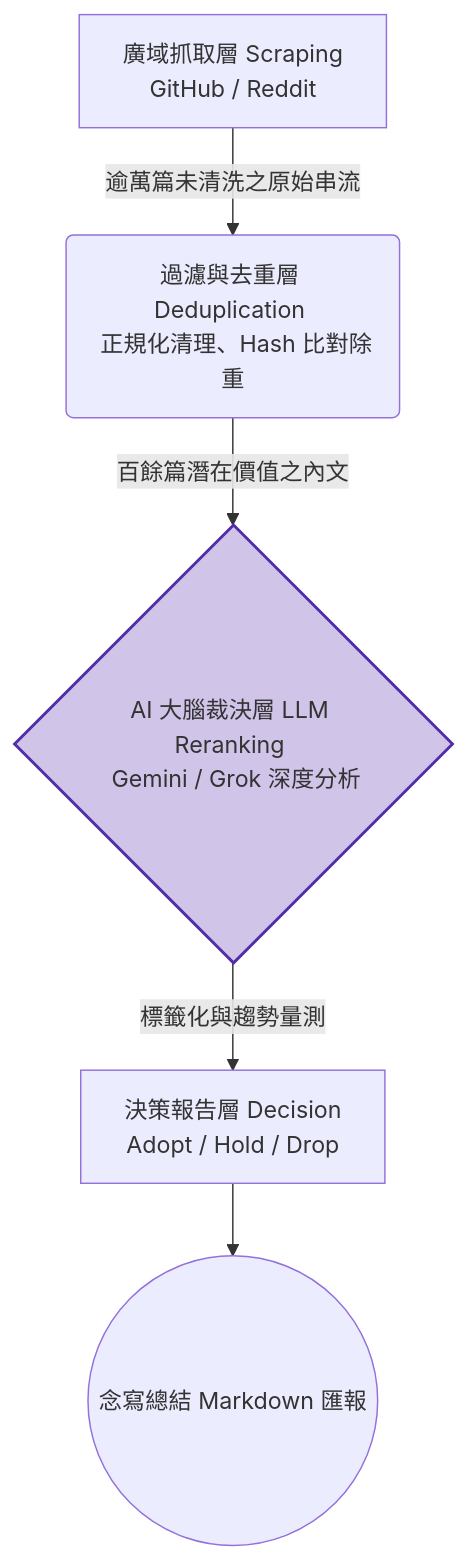
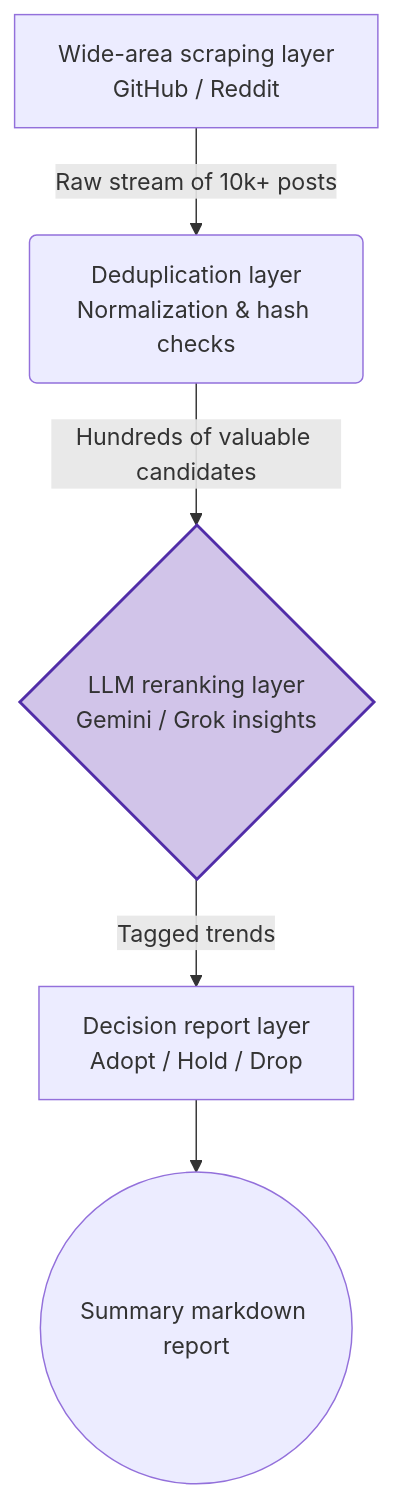
Before and after one commit to AtsushiHarimoto/portfolio: the diagram in public/knowledge/en/03_development/13_search_algorithms_and_hermit_purple.md, drawn with Mermaid. The commit also changed other lines of this file and 37 other files, not shown here.

````diff
--- a/public/knowledge/en/03_development/13_search_algorithms_and_hermit_purple.md
+++ b/public/knowledge/en/03_development/13_search_algorithms_and_hermit_purple.md
@@ -68,9 +55,9 @@
 ```mermaid
 graph TD
-    A[廣域抓取層 Scraping <br/> GitHub / Reddit] -->|逾萬篇未清洗之原始串流| B(過濾與去重層 Deduplication <br/> 正規化清理、Hash 比對除重)
-    B -->|百餘篇潛在價值之內文| C{AI 大腦裁決層 LLM Reranking <br/> Gemini / Grok 深度分析}
-    C -->|標籤化與趨勢量測| D[決策報告層 Decision <br/> Adopt / Hold / Drop]
-    D --> E((念寫總結 Markdown 匯報))
+    A[Wide-area scraping layer<br/>GitHub / Reddit] -->|Raw stream of 10k+ posts| B(Deduplication layer<br/>Normalization & hash checks)
+    B -->|Hundreds of valuable candidates| C{LLM reranking layer<br/>Gemini / Grok insights}
+    C -->|Tagged trends| D[Decision report layer<br/>Adopt / Hold / Drop]
+    D --> E((Summary markdown report))
 
     style C fill:#D1C4E9,stroke:#512DA8,stroke-width:2px;
 ```
````
